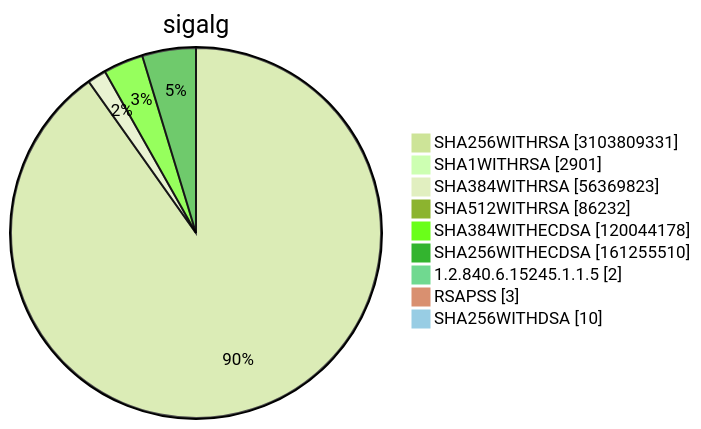
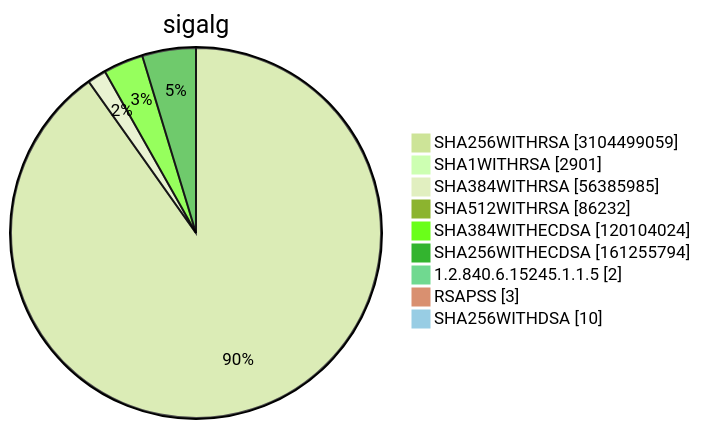
One commit to christiankrug/ctmonitor_visualization changed diagram 15 of 15 in TOTAL/README.md. Above: the diagram before and after it, drawn with Mermaid (forest theme). The commit also changed other lines of this file, not shown here.

````diff
--- a/TOTAL/README.md
+++ b/TOTAL/README.md
@@ -6212,13 +6212,13 @@
 ```mermaid
 pie showData
 title sigalg
-"SHA256WITHRSA" :3103809331
+"SHA256WITHRSA" :3104499059
 "SHA1WITHRSA" :2901
-"SHA384WITHRSA" :56369823
+"SHA384WITHRSA" :56385985
 "SHA512WITHRSA" :86232
-"SHA384WITHECDSA" :120044178
-"SHA256WITHECDSA" :161255510
+"SHA384WITHECDSA" :120104024
+"SHA256WITHECDSA" :161255794
 "1.2.840.6.15245.1.1.5" :2
 "RSAPSS" :3
 "SHA256WITHDSA" :10
 ```
````
